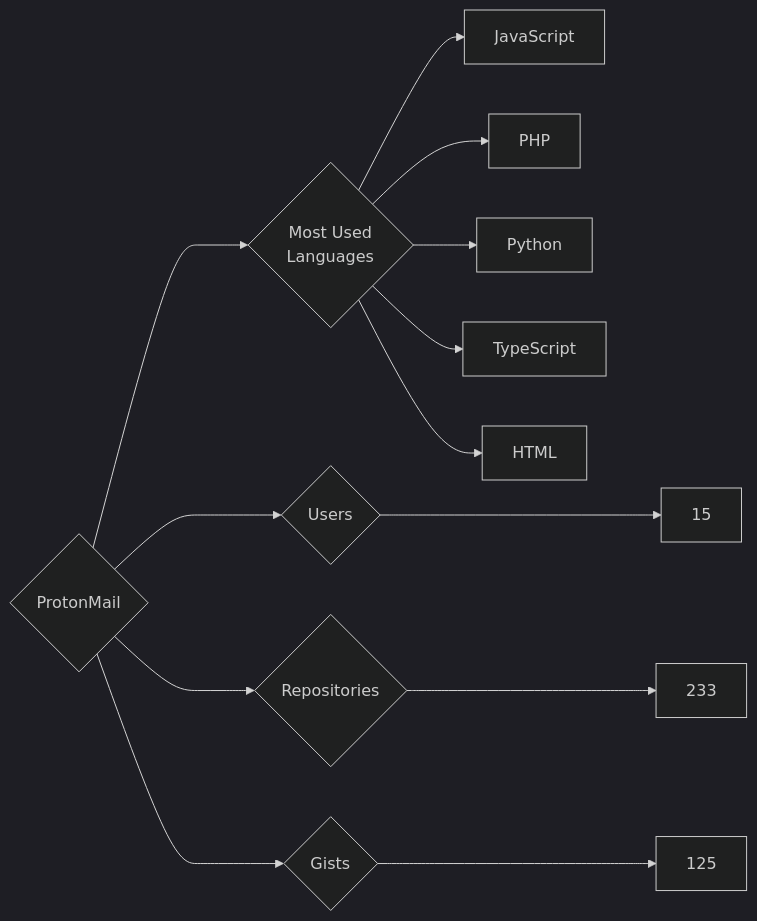
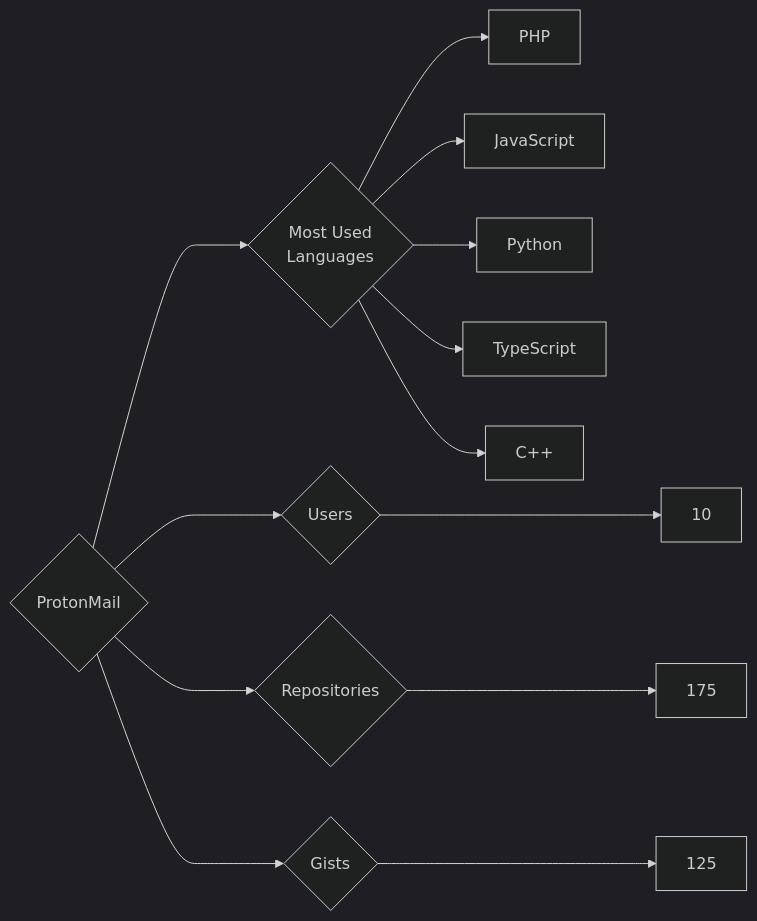
One commit to trickest/insiders changed the diagram in targets/ProtonMail/README.md. Above: the diagram before and after it, drawn with Mermaid (dark theme). The commit also changed 715 other files, not shown here.

````diff
--- a/targets/ProtonMail/README.md
+++ b/targets/ProtonMail/README.md
@@ -3,13 +3,13 @@
 ```mermaid
 graph LR
 COMPANY_NAME{ProtonMail}
-COMPANY_NAME ---> U{Users} ---> UN[15]
-COMPANY_NAME ---> R{Repositories} ---> RN[233]
+COMPANY_NAME ---> U{Users} ---> UN[10]
+COMPANY_NAME ---> R{Repositories} ---> RN[175]
 COMPANY_NAME ---> G{Gists} ---> GN[125]
 COMPANY_NAME ---> ML{Most Used<br>Languages}
+ML --> PHP[PHP]
 ML --> JavaScript[JavaScript]
-ML --> PHP[PHP]
 ML --> Python[Python]
 ML --> TypeScript[TypeScript]
-ML --> HTML[HTML]
+ML --> C++[C++]
 ```
````
